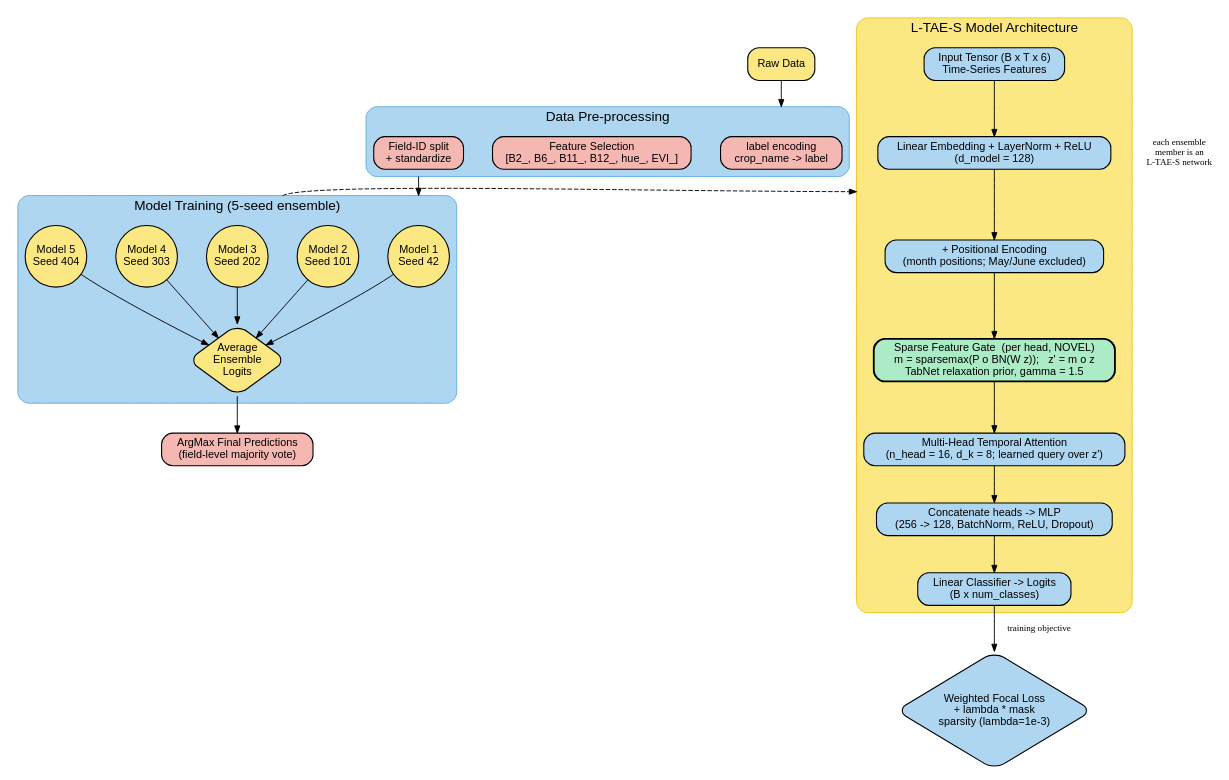
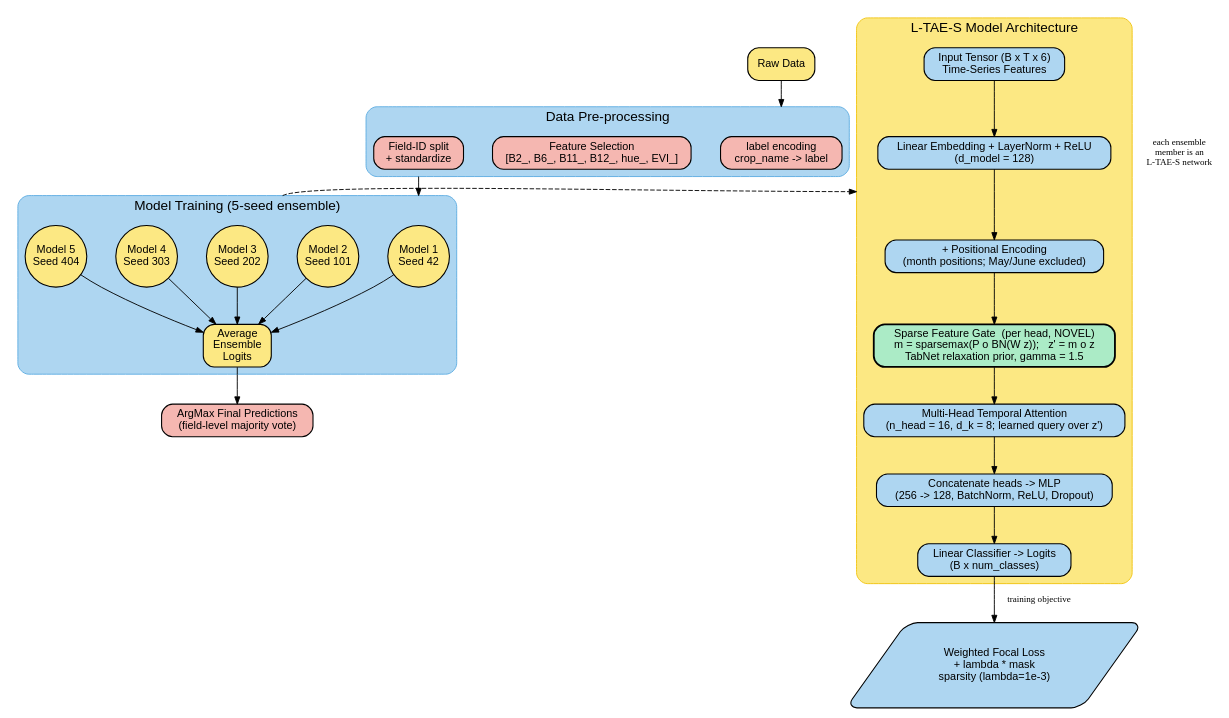
Before and after one commit to mmann1123/South_Africa_Crop_Comp: the diagram in writeup/figures/ltae_s.dot, drawn with Graphviz. The commit also changed 210 other files, not shown here.

```diff
--- a/writeup/figures/ltae_s.dot
+++ b/writeup/figures/ltae_s.dot
@@ -1,64 +1,66 @@
 // L-TAE-S architecture diagram. Style matches cnn_bilstm.pdf / tabnet.pdf
 // (Graphviz dot, pastel rounded boxes, yellow architecture cluster, seed circles,
-//  diamonds for ensemble/loss). Render:  dot -Tpdf ltae_s.dot -o ltae_s.pdf
+//  rectangle for the ensemble-averaging process, parallelogram for the loss
+//  objective). Diamonds are reserved for genuine YES/NO decisions only.
+//  Render:  dot -Tpdf ltae_s.dot -o ltae_s.pdf
 digraph LTAES {
   rankdir=TB;
   compound=true;
   graph [fontname="Helvetica", fontsize=15, splines=true, nodesep=0.45, ranksep=0.55];
   node  [fontname="Helvetica", fontsize=12, style="rounded,filled", shape=box,
          color=black, penwidth=1.2];
   edge  [color=black, arrowsize=0.8];
 
   // ---- palette: blue #AED6F1  yellow #FCE883  pink #F5B7B1  green #ABEBC6 ----
 
   RawData [label="Raw Data", fillcolor="#FCE883"];
 
   subgraph cluster_prep {
     label="Data Pre-processing";
     style="rounded,filled"; fillcolor="#AED6F1"; color="#5DADE2"; fontsize=15;
     prep1 [label="label encoding\ncrop_name -> label", fillcolor="#F5B7B1"];
     prep2 [label="Feature Selection\n[B2_, B6_, B11_, B12_, hue_, EVI_]", fillcolor="#F5B7B1"];
     prep3 [label="Field-ID split\n+ standardize", fillcolor="#F5B7B1"];
   }
 
   subgraph cluster_train {
     label="Model Training (5-seed ensemble)";
     style="rounded,filled"; fillcolor="#AED6F1"; color="#5DADE2"; fontsize=15;
     m1 [label="Model 1\nSeed 42",  shape=circle, fillcolor="#FCE883", width=0.95, fixedsize=true];
     m2 [label="Model 2\nSeed 101", shape=circle, fillcolor="#FCE883", width=0.95, fixedsize=true];
     m3 [label="Model 3\nSeed 202", shape=circle, fillcolor="#FCE883", width=0.95, fixedsize=true];
     m4 [label="Model 4\nSeed 303", shape=circle, fillcolor="#FCE883", width=0.95, fixedsize=true];
     m5 [label="Model 5\nSeed 404", shape=circle, fillcolor="#FCE883", width=0.95, fixedsize=true];
-    ens [label="Average\nEnsemble\nLogits", shape=diamond, fillcolor="#FCE883", width=1.5, height=1.1, fixedsize=true];
+    ens [label="Average\nEnsemble\nLogits", shape=box, fillcolor="#FCE883"];
     m1 -> ens; m2 -> ens; m3 -> ens; m4 -> ens; m5 -> ens;
   }
 
   argmax [label="ArgMax Final Predictions\n(field-level majority vote)", fillcolor="#F5B7B1"];
 
   subgraph cluster_arch {
     label="L-TAE-S Model Architecture";
     style="rounded,filled"; fillcolor="#FCE883"; color="#F1C40F"; fontsize=15;
     a_in   [label="Input Tensor (B x T x 6)\nTime-Series Features", fillcolor="#AED6F1"];
     a_emb  [label="Linear Embedding + LayerNorm + ReLU\n(d_model = 128)", fillcolor="#AED6F1"];
     a_pos  [label="+ Positional Encoding\n(month positions; May/June excluded)", fillcolor="#AED6F1"];
     a_gate [label="Sparse Feature Gate  (per head, NOVEL)\nm = sparsemax(P o BN(W z));   z' = m o z\nTabNet relaxation prior, gamma = 1.5", fillcolor="#ABEBC6", penwidth=2.0];
     a_attn [label="Multi-Head Temporal Attention\n(n_head = 16, d_k = 8; learned query over z')", fillcolor="#AED6F1"];
     a_mlp  [label="Concatenate heads -> MLP\n(256 -> 128, BatchNorm, ReLU, Dropout)", fillcolor="#AED6F1"];
     a_out  [label="Linear Classifier -> Logits\n(B x num_classes)", fillcolor="#AED6F1"];
     a_in -> a_emb -> a_pos -> a_gate -> a_attn -> a_mlp -> a_out;
   }
 
   loss [label="Weighted Focal Loss\n+ lambda * mask\nsparsity (lambda=1e-3)",
-        shape=diamond, fillcolor="#AED6F1", width=3.0, height=1.8, fixedsize=true];
+        shape=parallelogram, fillcolor="#AED6F1"];
 
   // ---- pipeline edges ----
   RawData -> prep1 [lhead=cluster_prep];
   prep3 -> m1 [ltail=cluster_prep, lhead=cluster_train];
   ens -> argmax;
 
   // architecture detail of each ensemble member (placed to the right)
   m3 -> a_in [ltail=cluster_train, lhead=cluster_arch, style=dashed,
               label="each ensemble\nmember is an\nL-TAE-S network", fontsize=10,
               constraint=false];
   a_out -> loss [label="  training objective", fontsize=10];
 }
```
